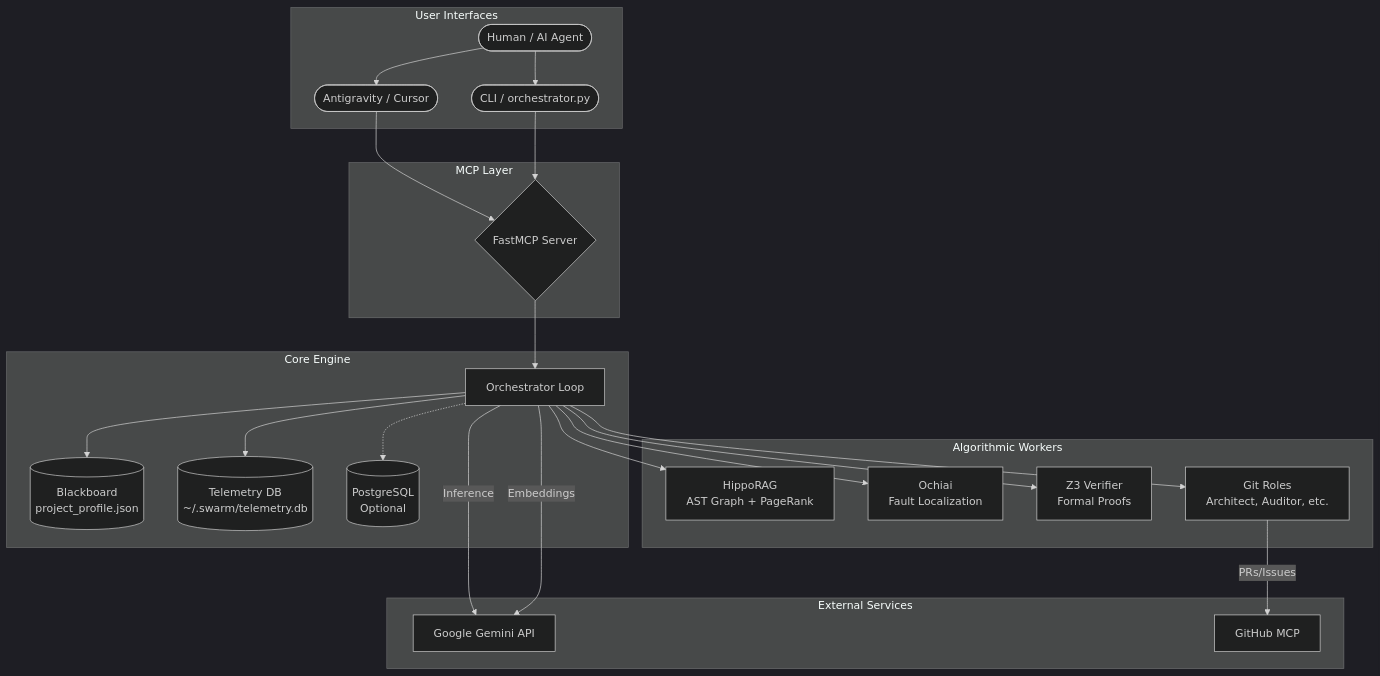
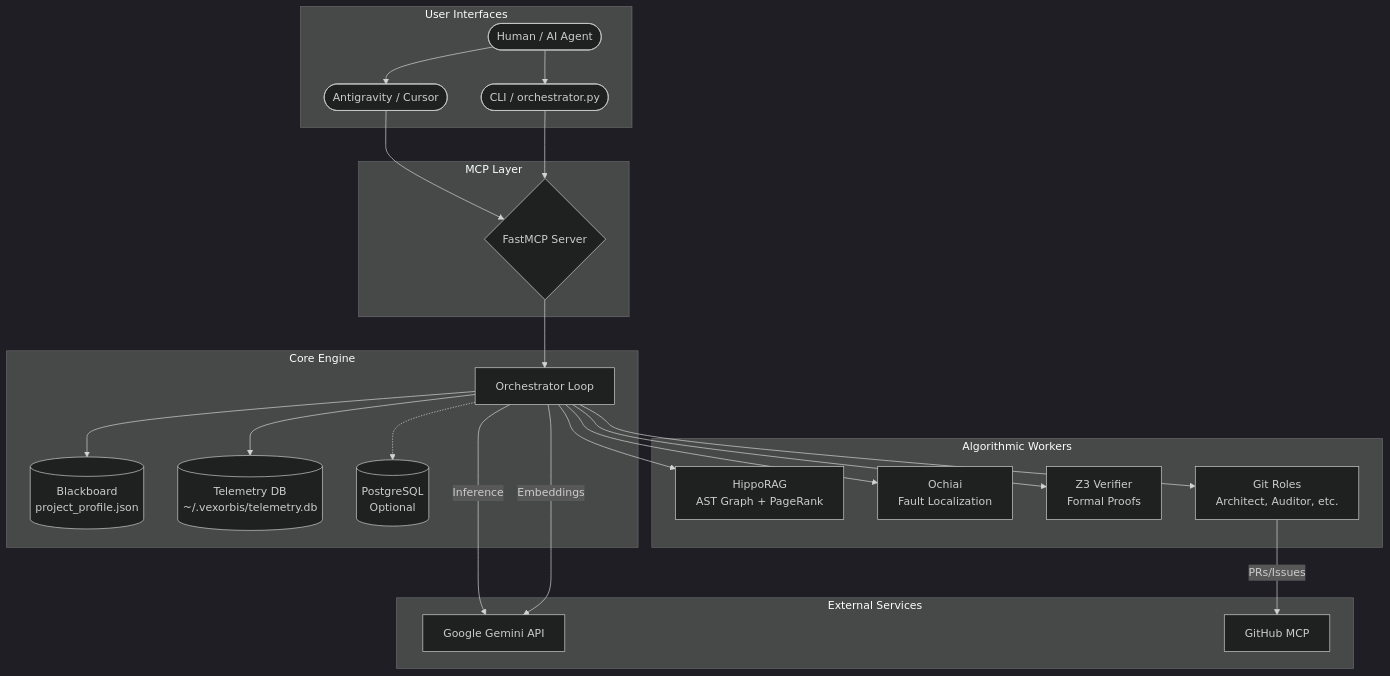
The diagram in concepts/architecture.md (AgentAgony/Swarmdocs), drawn with Mermaid (dark theme) before and after one commit. The commit also changed other lines of this file and 18 other files, not shown here.

Commit message:
docs: Add initial comprehensive documentation covering project concepts, architecture, tools, and usage guides, along with updates to project meta-files.

````diff
--- a/concepts/architecture.md
+++ b/concepts/architecture.md
@@ -7,48 +7,48 @@
 ```mermaid
 graph TD
     subgraph "User Interfaces"
         User([Human / AI Agent])
         IDE([Antigravity / Cursor])
         CLI([CLI / orchestrator.py])
     end
 
     subgraph "MCP Layer"
         FastMCP{FastMCP Server}
     end
 
     subgraph "Core Engine"
         Orchestrator[Orchestrator Loop]
         Blackboard[(Blackboard<br/>project_profile.json)]
-        SQLite[(Telemetry DB<br/>~/.swarm/telemetry.db)]
+        SQLite[(Telemetry DB<br/>~/.vexorbis/telemetry.db)]
         Postgres[(PostgreSQL<br/>Optional)]
     end
 
     subgraph "Algorithmic Workers"
         HippoRAG[HippoRAG<br/>AST Graph + PageRank]
         SBFL[Ochiai<br/>Fault Localization]
         Z3[Z3 Verifier<br/>Formal Proofs]
         GitRoles[Git Roles<br/>Architect, Auditor, etc.]
     end
 
     subgraph "External Services"
         Gemini[Google Gemini API]
         GitHub[GitHub MCP]
     end
 
     User --> IDE --> FastMCP
     User --> CLI --> FastMCP
     FastMCP --> Orchestrator
 
     Orchestrator --> Blackboard
     Orchestrator --> SQLite
     Orchestrator -.-> Postgres
 
     Orchestrator --> HippoRAG
     Orchestrator --> SBFL
     Orchestrator --> Z3
     Orchestrator --> GitRoles
 
     Orchestrator -- Inference --> Gemini
     Orchestrator -- Embeddings --> Gemini
     GitRoles -- PRs/Issues --> GitHub
 ```
````
